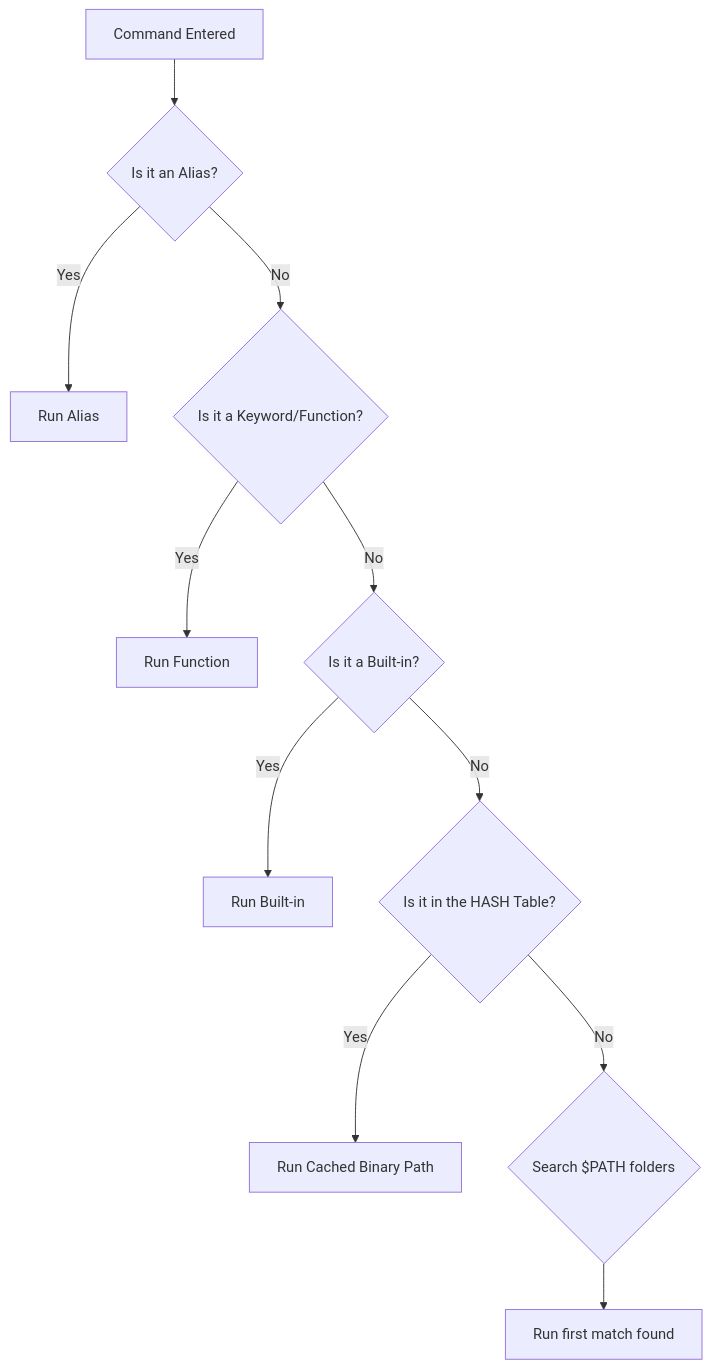
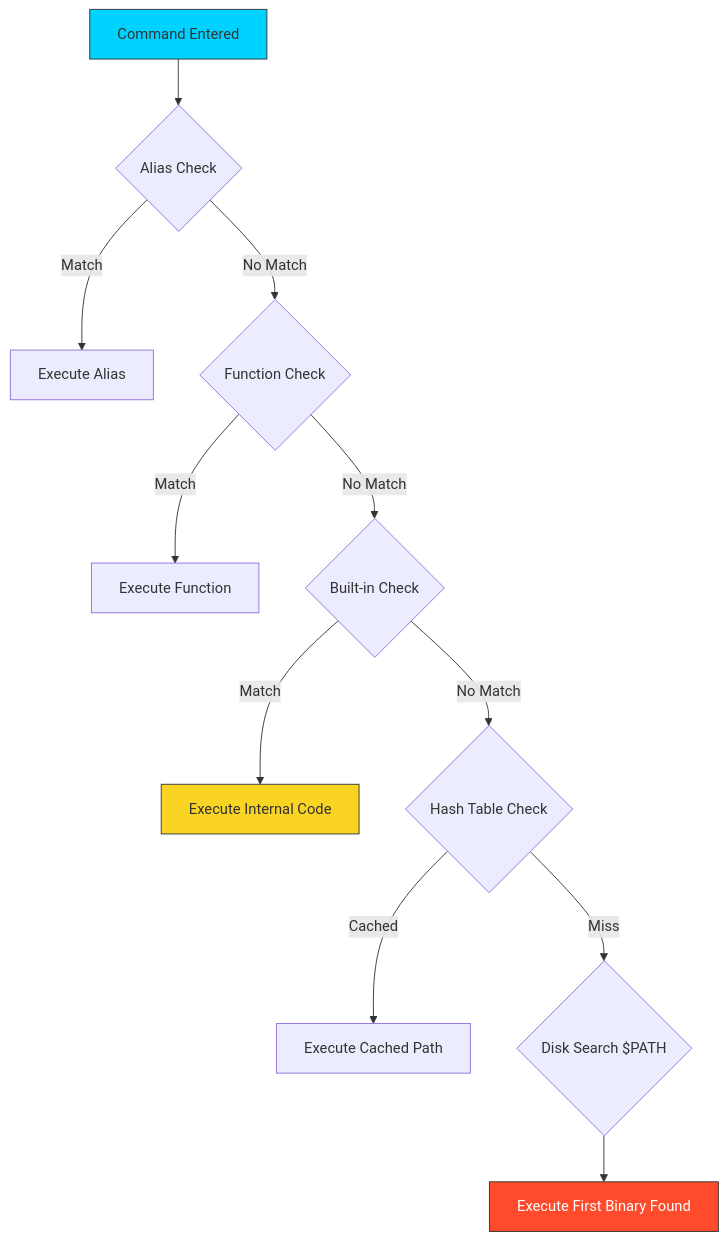
Before and after one commit to Ganil151/Devops: the diagram in 1-Beginner/02-Phase-2/01-Automation/01-Shell-Scripting/08-Programs-and-Commands/README.md, drawn with Mermaid. The commit also changed other lines of this file and 44 other files, not shown here.

````diff
--- a/1-Beginner/02-Phase-2/01-Automation/01-Shell-Scripting/08-Programs-and-Commands/README.md
+++ b/1-Beginner/02-Phase-2/01-Automation/01-Shell-Scripting/08-Programs-and-Commands/README.md
@@ -55,13 +5,17 @@
 ```mermaid
 graph TD
-    A[Command Entered] --> B{Is it an Alias?}
-    B -- Yes --> B1[Run Alias]
-    B -- No --> C{Is it a Keyword/Function?}
-    C -- Yes --> C1[Run Function]
-    C -- No --> D{Is it a Built-in?}
-    D -- Yes --> D1[Run Built-in]
-    D -- No --> E{Is it in the HASH Table?}
-    E -- Yes --> E1[Run Cached Binary Path]
-    E -- No --> F{Search $PATH folders}
-    F --> G[Run first match found]
+    A[Command Entered] --> B{Alias Check}
+    B -- Match --> B1[Execute Alias]
+    B -- No Match --> C{Function Check}
+    C -- Match --> C1[Execute Function]
+    C -- No Match --> D{Built-in Check}
+    D -- Match --> D1[Execute Internal Code]
+    D -- No Match --> E{Hash Table Check}
+    E -- Cached --> E1[Execute Cached Path]
+    E -- Miss --> F{Disk Search $PATH}
+    F --> G[Execute First Binary Found]
+    
+    style A fill:#00d2ff,stroke:#333
+    style D1 fill:#f9d423,stroke:#333
+    style G fill:#ff4b2b,stroke:#333,color:#fff
 ```
````
